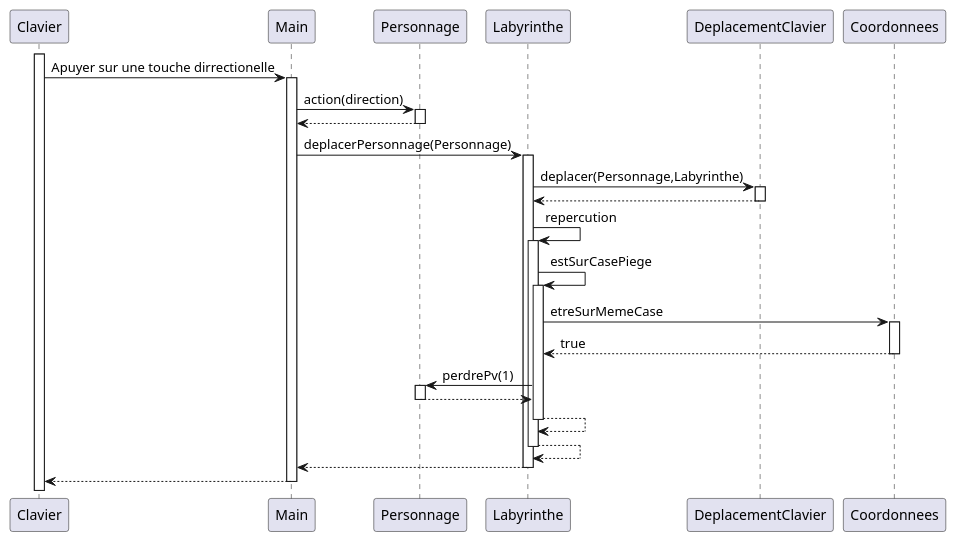
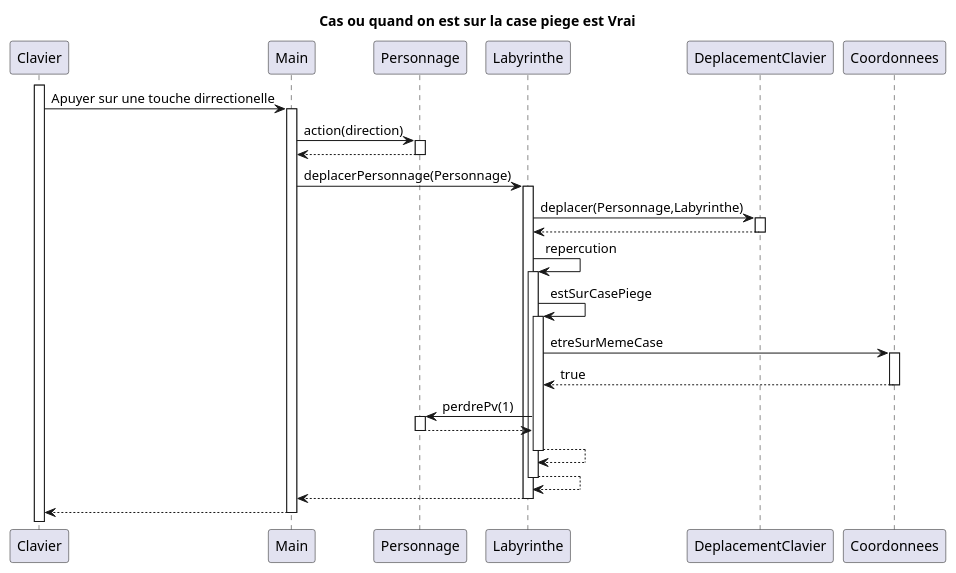
The diagram in zeldiablo/documents/version_4/DeplacementSurCasePiegeTrue.puml (LukaSalvo/SAE2024), drawn with PlantUML before and after one commit. The commit also changed 5 other files, not shown here.

```diff
--- a/zeldiablo/documents/version_4/DeplacementSurCasePiegeTrue.puml
+++ b/zeldiablo/documents/version_4/DeplacementSurCasePiegeTrue.puml
@@ -1,37 +1,38 @@
 @startuml
 participant Clavier
+title : Cas ou quand on est sur la case piege est Vrai
 activate Clavier
 Clavier -> Main : Apuyer sur une touche dirrectionelle
 activate Main
 Main -> Personnage : action(direction)
 activate Personnage
 Personnage --> Main
 deactivate Personnage
 Main -> Labyrinthe : deplacerPersonnage(Personnage)
 activate Labyrinthe
 Labyrinthe -> DeplacementClavier : deplacer(Personnage,Labyrinthe)
 activate DeplacementClavier
 DeplacementClavier --> Labyrinthe
 deactivate DeplacementClavier
 Labyrinthe -> Labyrinthe : repercution
 activate Labyrinthe
 Labyrinthe -> Labyrinthe : estSurCasePiege
 activate Labyrinthe
 Labyrinthe -> Coordonnees : etreSurMemeCase
 activate Coordonnees
 Coordonnees --> Labyrinthe : true
 deactivate Coordonnees
 Labyrinthe -> Personnage : perdrePv(1)
 activate Personnage
 Personnage --> Labyrinthe
 deactivate Personnage
 Labyrinthe --> Labyrinthe
 deactivate Labyrinthe
 
 
 Labyrinthe --> Labyrinthe
 deactivate Labyrinthe
 Labyrinthe --> Main
 deactivate Labyrinthe
 return
 @enduml
```
